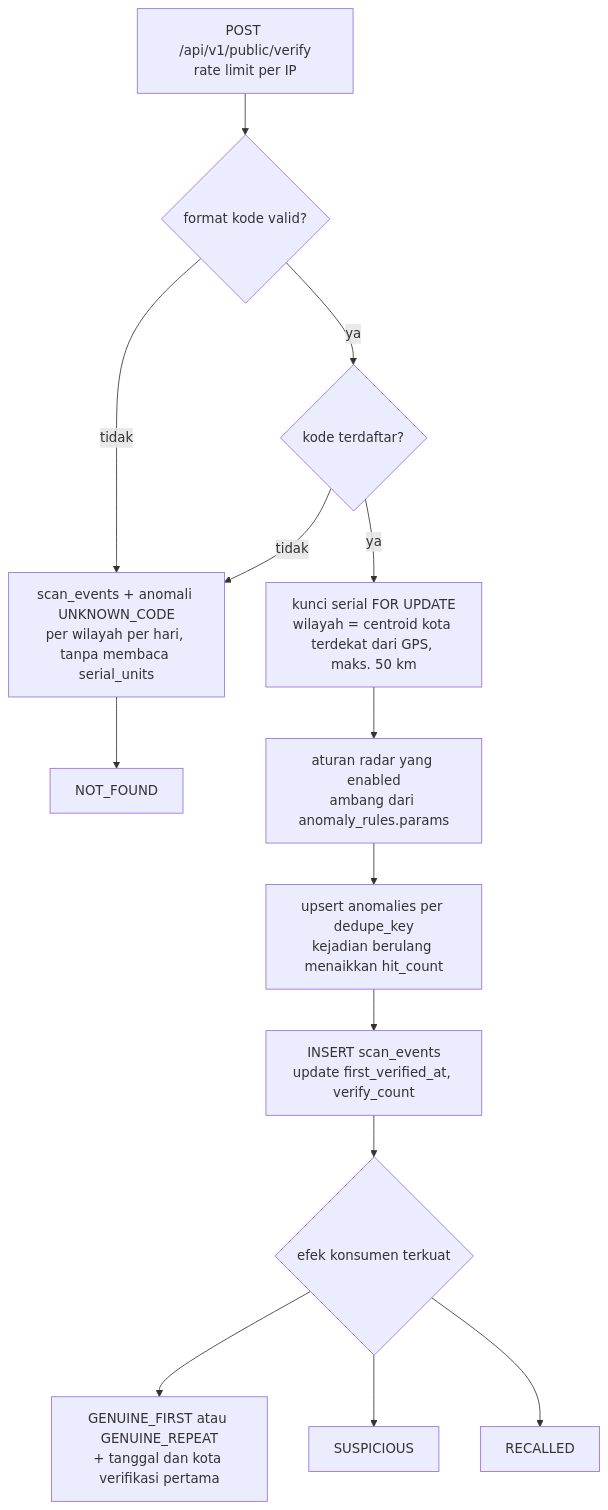
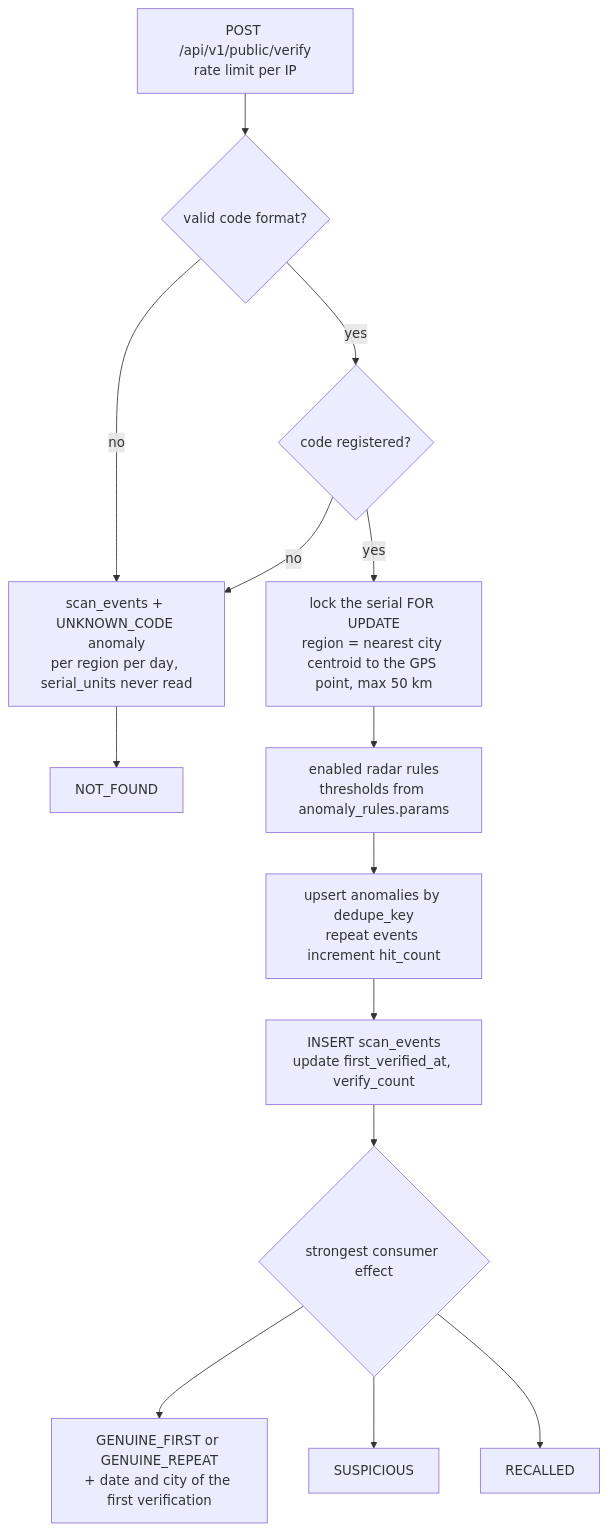
Before and after one commit to mydisha/mganik: the seventh of 9 diagrams in ARCHITECTURE.md, drawn with Mermaid. The commit also changed other lines of this file and 4 other files, not shown here.

````diff
--- a/ARCHITECTURE.md
+++ b/ARCHITECTURE.md
@@ -387,16 +397,16 @@
 ```mermaid
 flowchart TD
-  A["POST /api/v1/public/verify<br/>rate limit per IP"] --> B{"format kode valid?"}
-  B -- tidak --> U["scan_events + anomali UNKNOWN_CODE<br/>per wilayah per hari, tanpa membaca serial_units"]
-  B -- ya --> C{"kode terdaftar?"}
-  C -- tidak --> U
+  A["POST /api/v1/public/verify<br/>rate limit per IP"] --> B{"valid code format?"}
+  B -- no --> U["scan_events + UNKNOWN_CODE anomaly<br/>per region per day, serial_units never read"]
+  B -- yes --> C{"code registered?"}
+  C -- no --> U
   U --> NF["NOT_FOUND"]
-  C -- ya --> D["kunci serial FOR UPDATE<br/>wilayah = centroid kota terdekat dari GPS, maks. 50 km"]
-  D --> E["aturan radar yang enabled<br/>ambang dari anomaly_rules.params"]
-  E --> F["upsert anomalies per dedupe_key<br/>kejadian berulang menaikkan hit_count"]
+  C -- yes --> D["lock the serial FOR UPDATE<br/>region = nearest city centroid to the GPS point, max 50 km"]
+  D --> E["enabled radar rules<br/>thresholds from anomaly_rules.params"]
+  E --> F["upsert anomalies by dedupe_key<br/>repeat events increment hit_count"]
   F --> G["INSERT scan_events<br/>update first_verified_at, verify_count"]
-  G --> H{"efek konsumen terkuat"}
-  H --> R1["GENUINE_FIRST atau GENUINE_REPEAT<br/>+ tanggal dan kota verifikasi pertama"]
+  G --> H{"strongest consumer effect"}
+  H --> R1["GENUINE_FIRST or GENUINE_REPEAT<br/>+ date and city of the first verification"]
   H --> R2["SUSPICIOUS"]
   H --> R3["RECALLED"]
 ```
````
